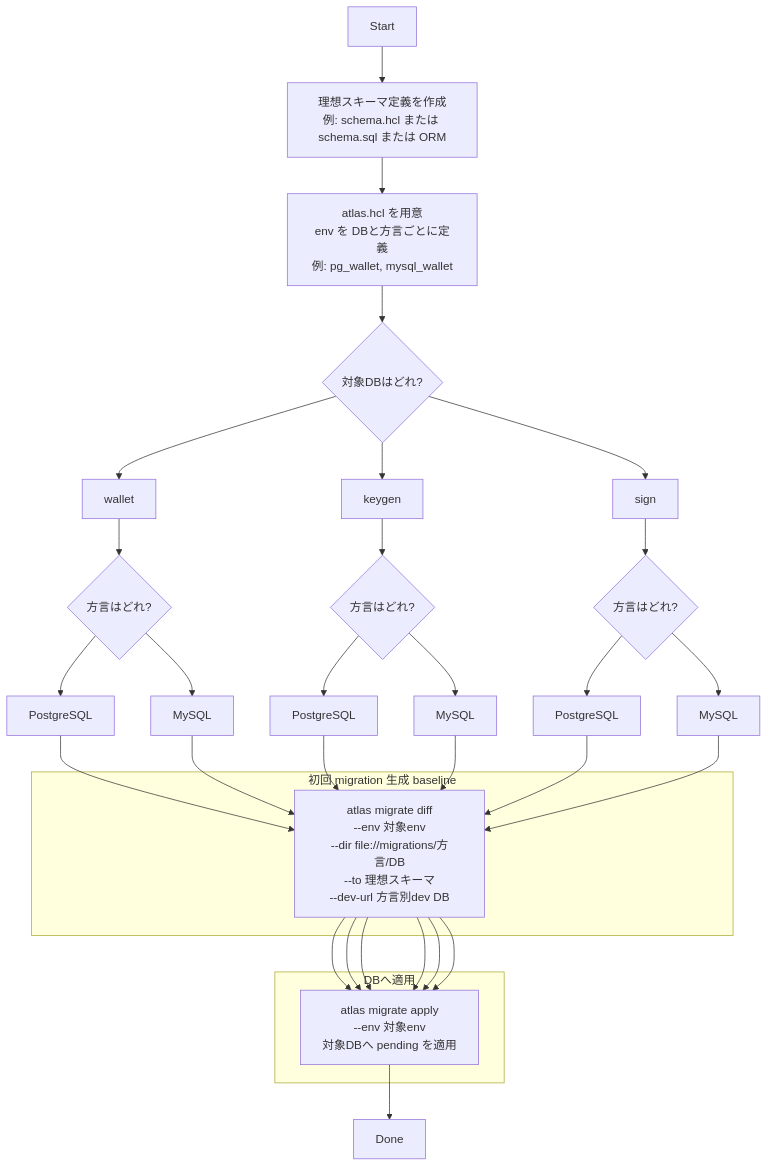
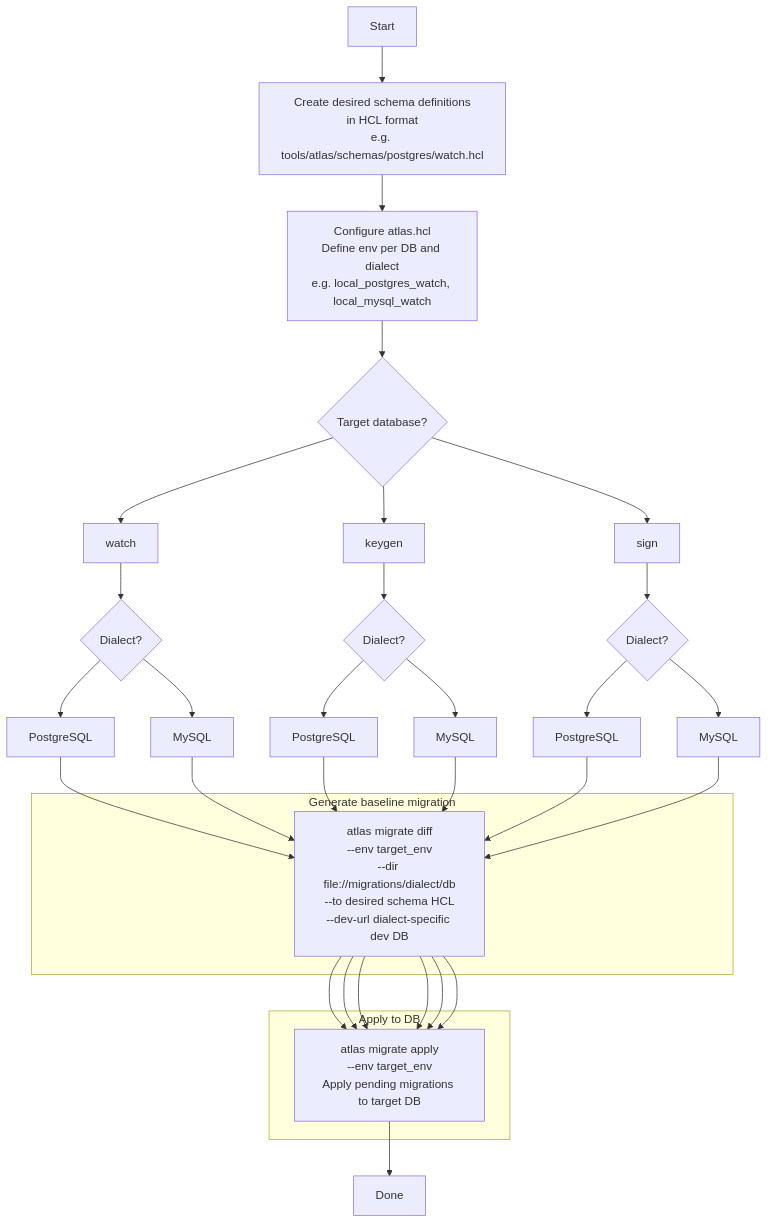
One commit to hiromaily/go-crypto-wallet changed the first of 3 diagrams in docs/database/atlas-migration-flow.md. Above: the diagram before and after it, drawn with Mermaid. The commit also changed other lines of this file and 1 other file, not shown here.

Commit message:
update documentation for database

````diff
--- a/docs/database/atlas-migration-flow.md
+++ b/docs/database/atlas-migration-flow.md
@@ -11,44 +44,44 @@
 ```mermaid
 flowchart TD
-  A[Start] --> B[理想スキーマ定義を作成\n例: schema.hcl または schema.sql または ORM]
-  B --> C[atlas.hcl を用意\nenv を DBと方言ごとに定義\n例: pg_wallet, mysql_wallet]
-  C --> D{対象DBはどれ?}
+  A[Start] --> B[Create desired schema definitions\nin HCL format\ne.g. tools/atlas/schemas/postgres/watch.hcl]
+  B --> C[Configure atlas.hcl\nDefine env per DB and dialect\ne.g. local_postgres_watch, local_mysql_watch]
+  C --> D{Target database?}
 
-  D --> W[wallet]
+  D --> W[watch]
   D --> K[keygen]
   D --> S[sign]
 
-  %% wallet dialect
-  W --> Wd{方言はどれ?}
+  %% watch dialect
+  W --> Wd{Dialect?}
   Wd --> Wpg[PostgreSQL]
   Wd --> Wmy[MySQL]
 
   %% keygen dialect
-  K --> Kd{方言はどれ?}
+  K --> Kd{Dialect?}
   Kd --> Kpg[PostgreSQL]
   Kd --> Kmy[MySQL]
 
   %% sign dialect
-  S --> Sd{方言はどれ?}
+  S --> Sd{Dialect?}
   Sd --> Spg[PostgreSQL]
   Sd --> Smy[MySQL]
 
-  subgraph G[初回 migration 生成 baseline]
-    G1[atlas migrate diff\n--env 対象env\n--dir file://migrations/方言/DB\n--to 理想スキーマ\n--dev-url 方言別dev DB]
+  subgraph G[Generate baseline migration]
+    G1[atlas migrate diff\n--env target_env\n--dir file://migrations/dialect/db\n--to desired schema HCL\n--dev-url dialect-specific dev DB]
   end
 
-  subgraph AP[DBへ適用]
-    AP1[atlas migrate apply\n--env 対象env\n対象DBへ pending を適用]
+  subgraph AP[Apply to DB]
+    AP1[atlas migrate apply\n--env target_env\nApply pending migrations to target DB]
   end
 
   Wpg --> G1 --> AP1
   Wmy --> G1 --> AP1
 
   Kpg --> G1 --> AP1
   Kmy --> G1 --> AP1
 
   Spg --> G1 --> AP1
   Smy --> G1 --> AP1
 
   AP1 --> Z[Done]
 ```
````
